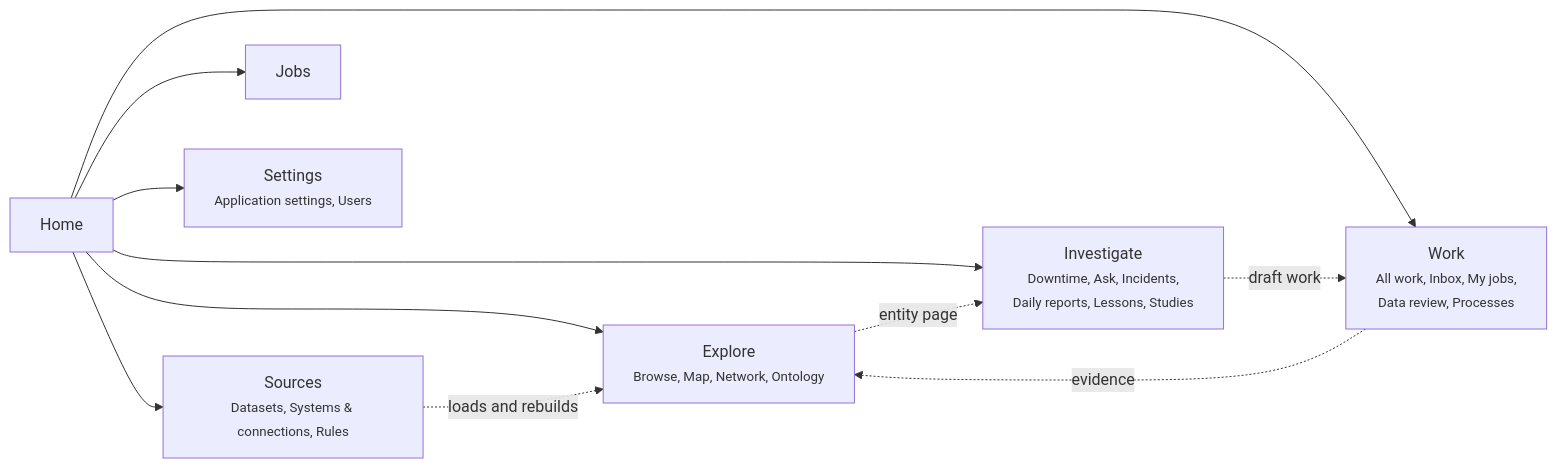
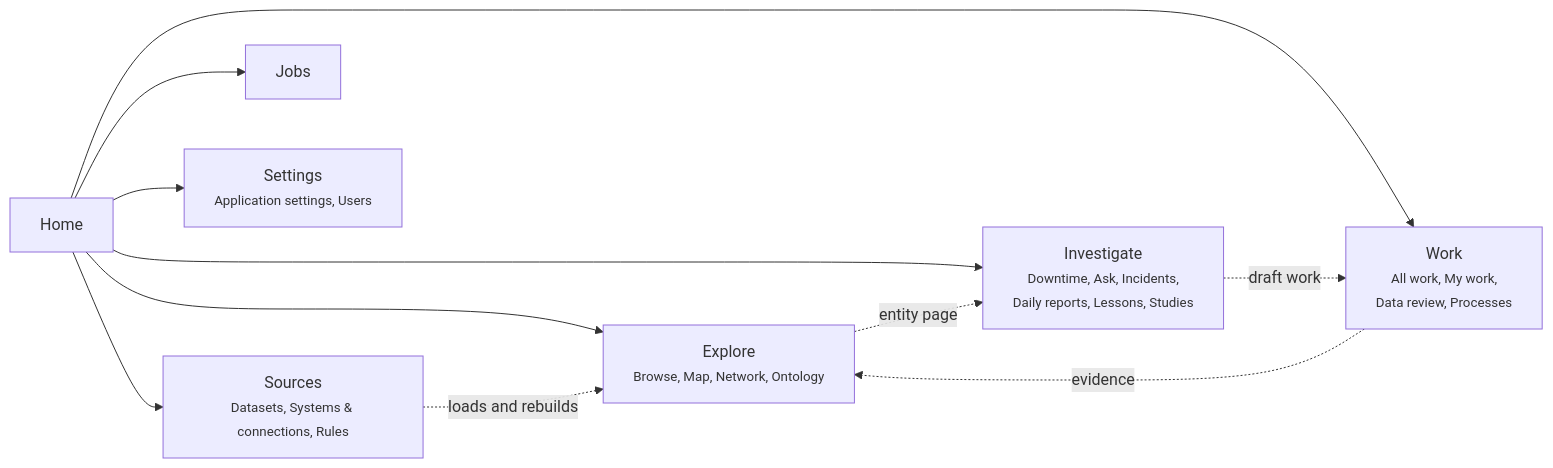
Before and after one commit to areed145/fuzer: the diagram in docs/tour.md, drawn with Mermaid. The commit also changed other lines of this file and 8 other files, not shown here.

First line of the commit message:
My work: Inbox and My jobs as one page (#503)

````diff
--- a/docs/tour.md
+++ b/docs/tour.md
@@ -13,13 +13,13 @@
 ```mermaid
 flowchart LR
   home["Home"] --> explore["Explore<br><small>Browse, Map, Network, Ontology</small>"]
   home --> investigate["Investigate<br><small>Downtime, Ask, Incidents,<br>Daily reports, Lessons, Studies</small>"]
-  home --> work["Work<br><small>All work, Inbox, My jobs,<br>Data review, Processes</small>"]
+  home --> work["Work<br><small>All work, My work,<br>Data review, Processes</small>"]
   home --> sources["Sources<br><small>Datasets, Systems & connections, Rules</small>"]
   home --> jobs["Jobs"]
   home --> settings["Settings<br><small>Application settings, Users</small>"]
   explore -.->|entity page| investigate
   investigate -.->|draft work| work
   work -.->|evidence| explore
   sources -.->|loads and rebuilds| explore
 ```
````
